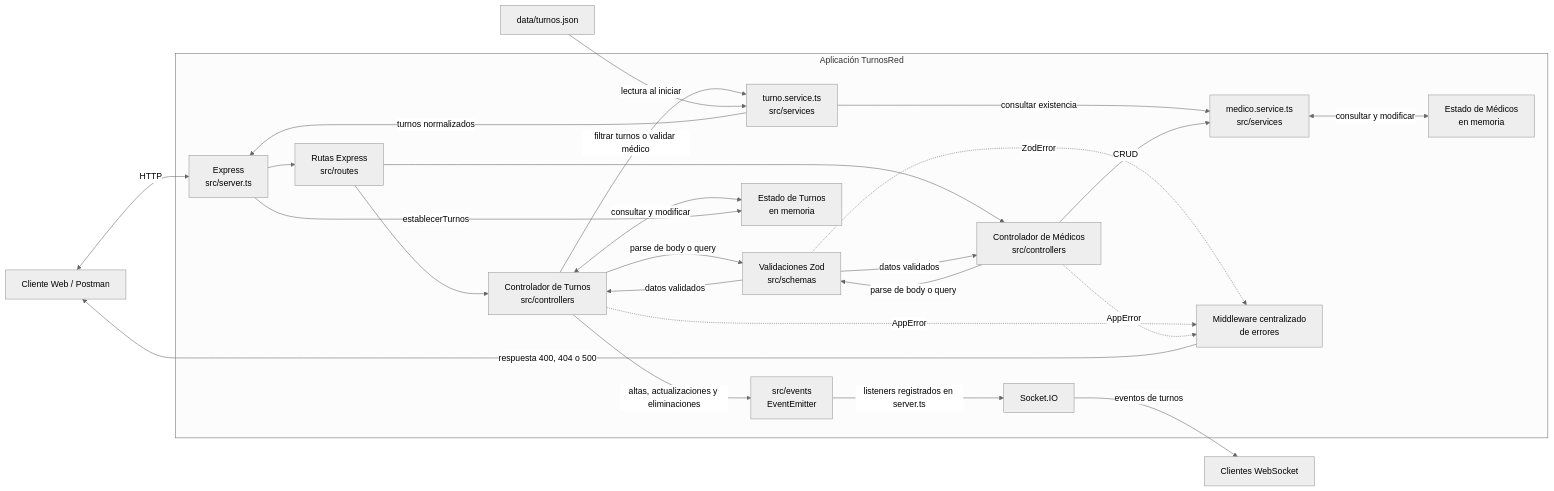
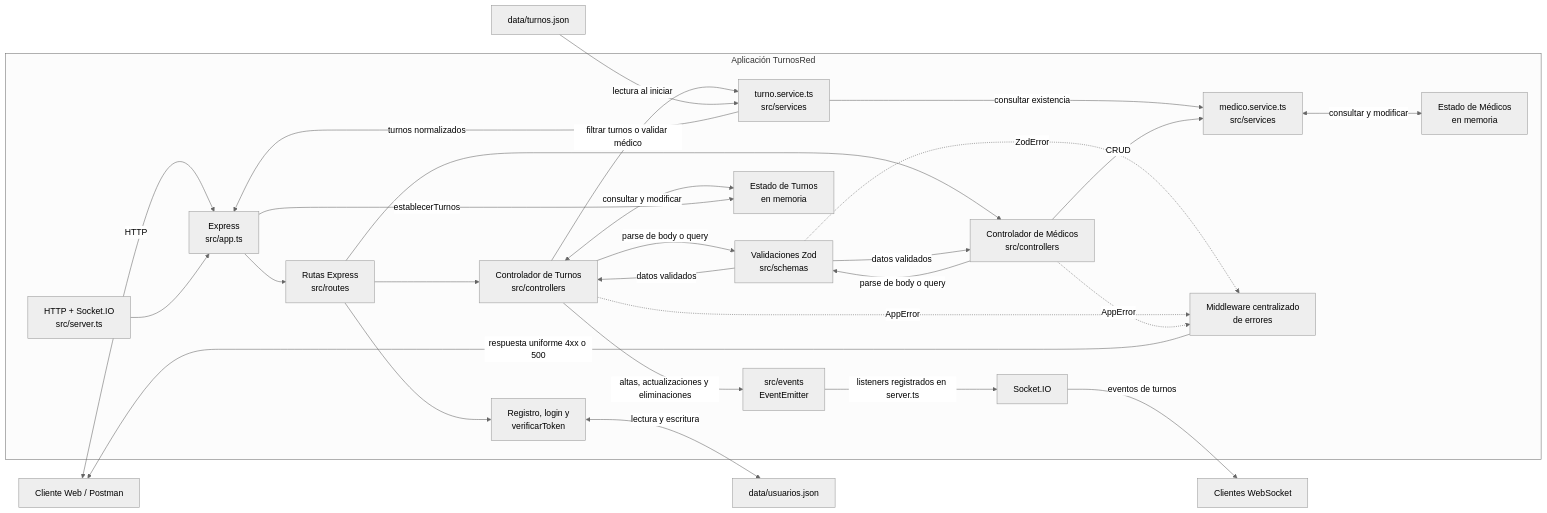
The first of 2 diagrams in README.md (Jheremy408/turnos-red), drawn with Mermaid (neutral theme) before and after one commit. The commit also changed other lines of this file and 4 other files, not shown here.

````diff
--- a/README.md
+++ b/README.md
@@ -141,50 +222,56 @@
 ```mermaid
 flowchart LR
   HTTP["Cliente Web / Postman"]
   WS["Clientes WebSocket"]
   JSON["data/turnos.json"]
+  USERS_JSON["data/usuarios.json"]
 
   subgraph APP["Aplicación TurnosRed"]
-    EXPRESS["Express<br/>src/server.ts"]
+    EXPRESS["Express<br/>src/app.ts"]
+    SERVER["HTTP + Socket.IO<br/>src/server.ts"]
     ROUTES["Rutas Express<br/>src/routes"]
+    AUTH["Registro, login y<br/>verificarToken"]
     TURNO_CTRL["Controlador de Turnos<br/>src/controllers"]
     MEDICO_CTRL["Controlador de Médicos<br/>src/controllers"]
     ZOD["Validaciones Zod<br/>src/schemas"]
     TURNO_SERVICE["turno.service.ts<br/>src/services"]
     MEDICO_SERVICE["medico.service.ts<br/>src/services"]
     TURNOS_MEM["Estado de Turnos<br/>en memoria"]
     MEDICOS_MEM["Estado de Médicos<br/>en memoria"]
     ERRORS["Middleware centralizado<br/>de errores"]
     EVENTS["src/events<br/>EventEmitter"]
     SOCKET["Socket.IO"]
   end
 
   HTTP <-->|"HTTP"| EXPRESS
+  SERVER --> EXPRESS
   EXPRESS --> ROUTES
+  ROUTES --> AUTH
   ROUTES --> TURNO_CTRL
   ROUTES --> MEDICO_CTRL
+  AUTH <-->|"lectura y escritura"| USERS_JSON
 
   TURNO_CTRL -->|"parse de body o query"| ZOD
   MEDICO_CTRL -->|"parse de body o query"| ZOD
   ZOD -->|"datos validados"| TURNO_CTRL
   ZOD -->|"datos validados"| MEDICO_CTRL
 
   TURNO_CTRL -->|"filtrar turnos o validar médico"| TURNO_SERVICE
   TURNO_CTRL <-->|"consultar y modificar"| TURNOS_MEM
   TURNO_SERVICE -->|"consultar existencia"| MEDICO_SERVICE
   MEDICO_CTRL -->|"CRUD"| MEDICO_SERVICE
   MEDICO_SERVICE <-->|"consultar y modificar"| MEDICOS_MEM
 
   JSON -->|"lectura al iniciar"| TURNO_SERVICE
   TURNO_SERVICE -->|"turnos normalizados"| EXPRESS
   EXPRESS -->|"establecerTurnos"| TURNOS_MEM
 
   TURNO_CTRL -->|"altas, actualizaciones y eliminaciones"| EVENTS
   EVENTS -->|"listeners registrados en server.ts"| SOCKET
   SOCKET -->|"eventos de turnos"| WS
 
   ZOD -.->|"ZodError"| ERRORS
   TURNO_CTRL -.->|"AppError"| ERRORS
   MEDICO_CTRL -.->|"AppError"| ERRORS
-  ERRORS -->|"respuesta 400, 404 o 500"| HTTP
+  ERRORS -->|"respuesta uniforme 4xx o 500"| HTTP
 ```
````
